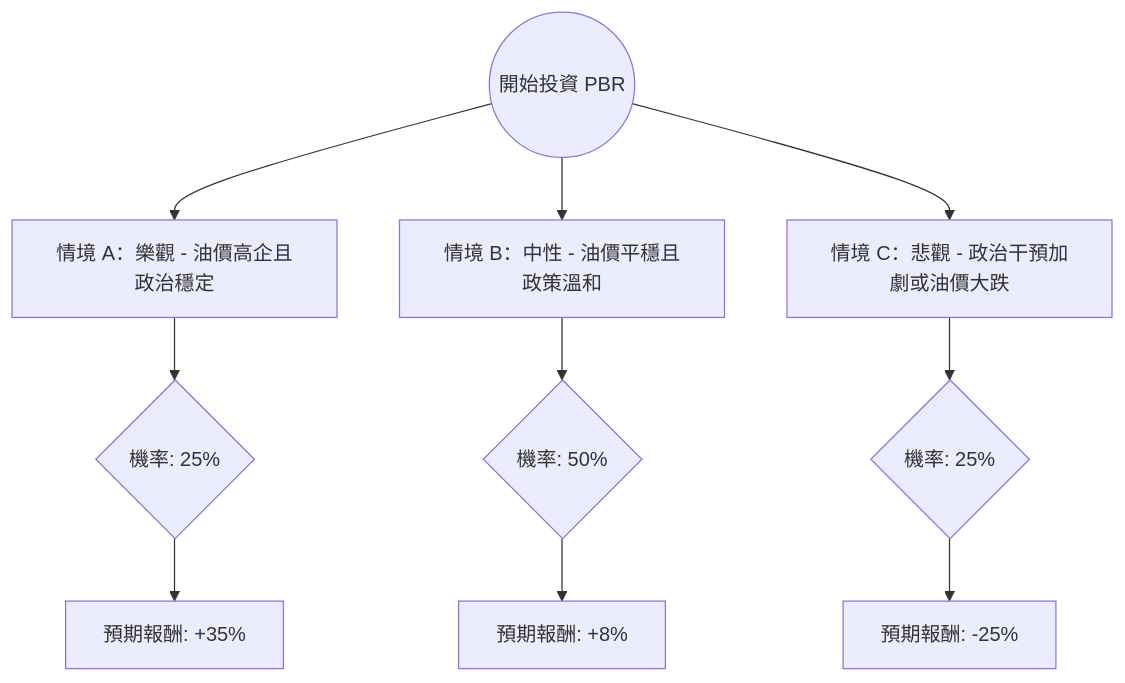
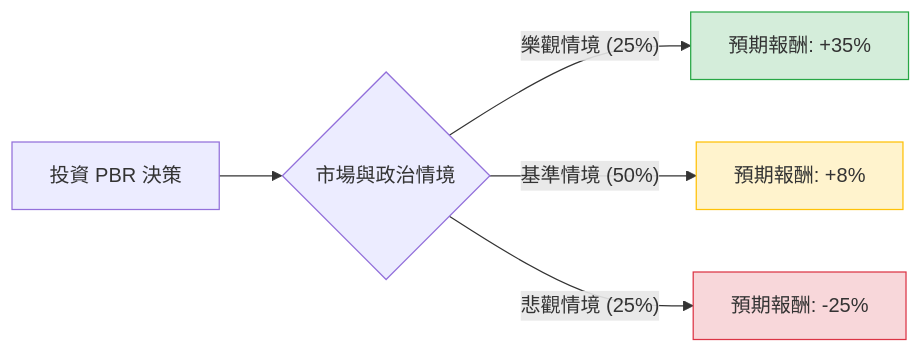
Before and after one commit to zmcx16/zmcx16.github.io: the diagram in plugin-react/ai-analysis/ev-analysis/PBR.md, drawn with Mermaid. The commit also changed other lines of this file and 73 other files, not shown here.

````diff
--- a/plugin-react/ai-analysis/ev-analysis/PBR.md
+++ b/plugin-react/ai-analysis/ev-analysis/PBR.md
@@ -20,15 +19,12 @@
 ```mermaid
-graph TD
-    Start((開始投資 PBR)) --> Bull[情境 A：樂觀 - 油價高企且政治穩定]
-    Start --> Base[情境 B：中性 - 油價平穩且政策溫和]
-    Start --> Bear[情境 C：悲觀 - 政治干預加劇或油價大跌]
+graph LR
+    A[投資 PBR 決策] --> B{市場與政治情境}
+    
+    B -- 樂觀情境 (25%) --> C[預期報酬: +35%]
+    B -- 基準情境 (50%) --> D[預期報酬: +8%]
+    B -- 悲觀情境 (25%) --> E[預期報酬: -25%]
 
-    Bull --> Bull_Prob{機率: 25%}
-    Bull_Prob --> Bull_EV[預期報酬: +35%]
-    
-    Base --> Base_Prob{機率: 50%}
-    Base_Prob --> Base_EV[預期報酬: +8%]
-    
-    Bear --> Bear_Prob{機率: 25%}
-    Bear_Prob --> Bear_EV[預期報酬: -25%]
+    style C fill:#d4edda,stroke:#28a745
+    style D fill:#fff3cd,stroke:#ffc107
+    style E fill:#f8d7da,stroke:#dc3545
 ```
````
